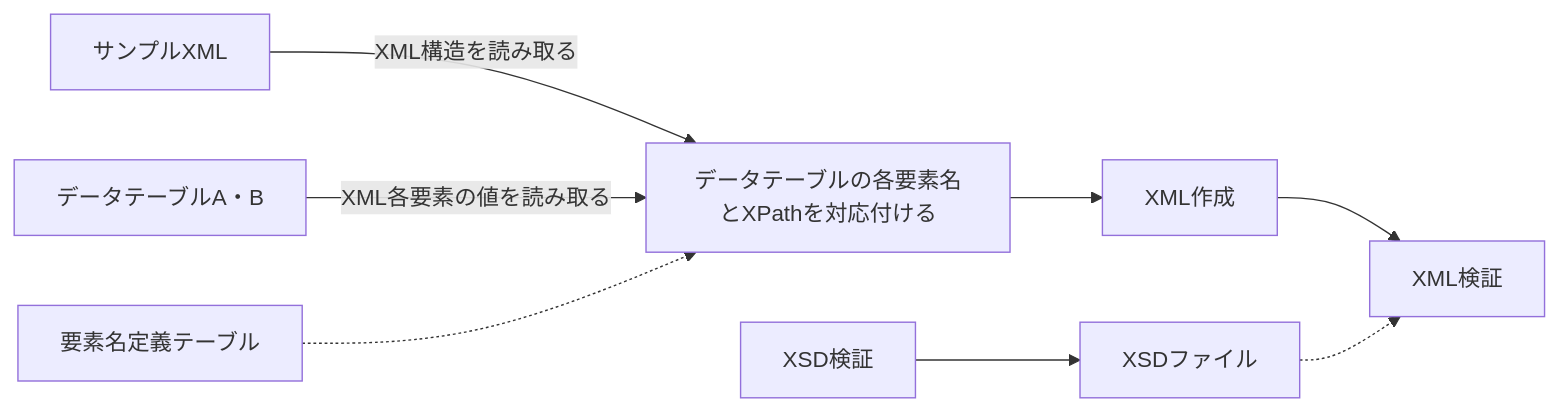
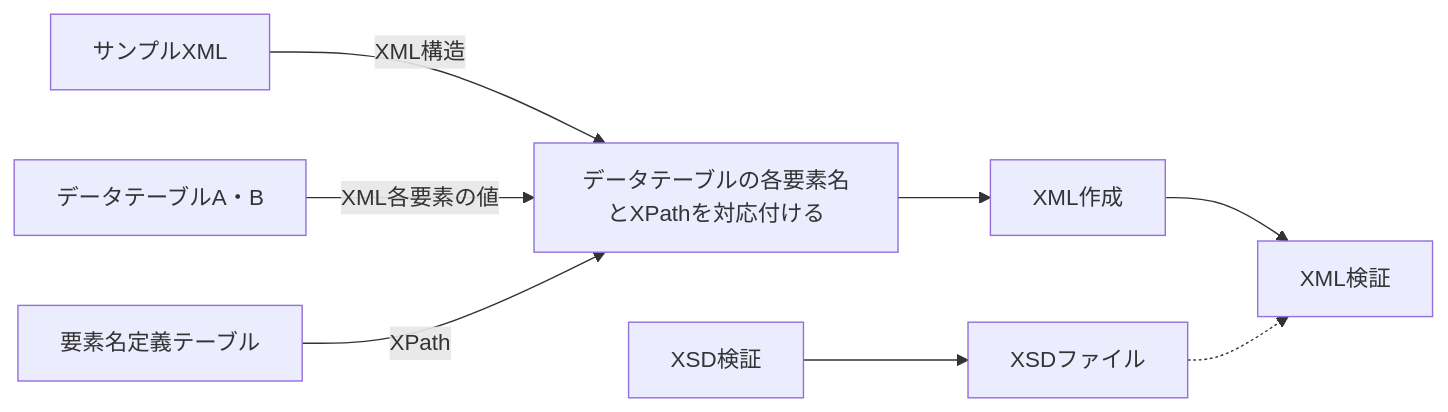
Before and after one commit to AMIDER-dev/ExcelToXml: the diagram in README.md, drawn with Mermaid.

````diff
--- a/README.md
+++ b/README.md
@@ -4,10 +4,10 @@
 ```mermaid
 flowchart LR
-A[サンプルXML] -->|XML構造を読み取る| C[データテーブルの各要素名とXPathを対応付ける]
-B[データテーブルA・B] -->|XML各要素の値を読み取る| C
-D[要素名定義テーブル] -.-> C
+A[サンプルXML] -->|XML構造| C[データテーブルの各要素名とXPathを対応付ける]
+B[データテーブルA・B] -->|XML各要素の値| C
+D[要素名定義テーブル] -->|XPath| C
 C --> E[XML作成]
 E --> F[XML検証]
 G[XSD検証] --> H[XSDファイル]
 H -.-> F
 ```
````
